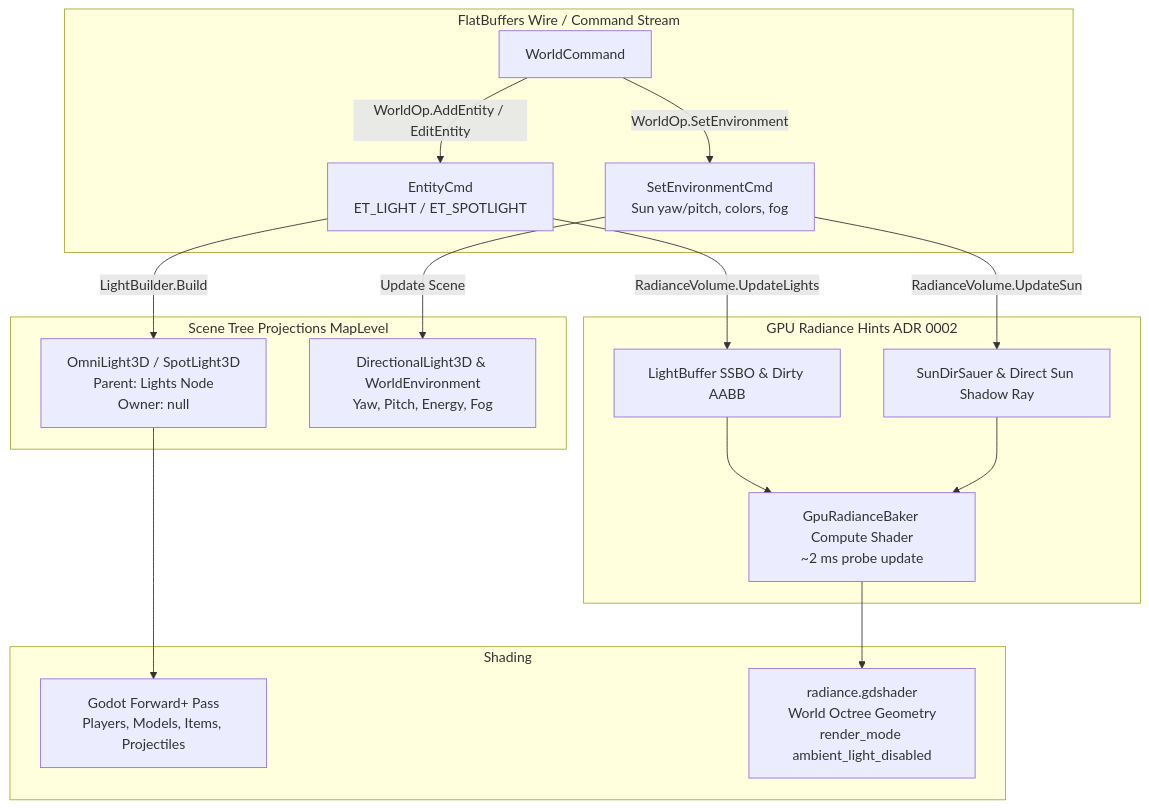
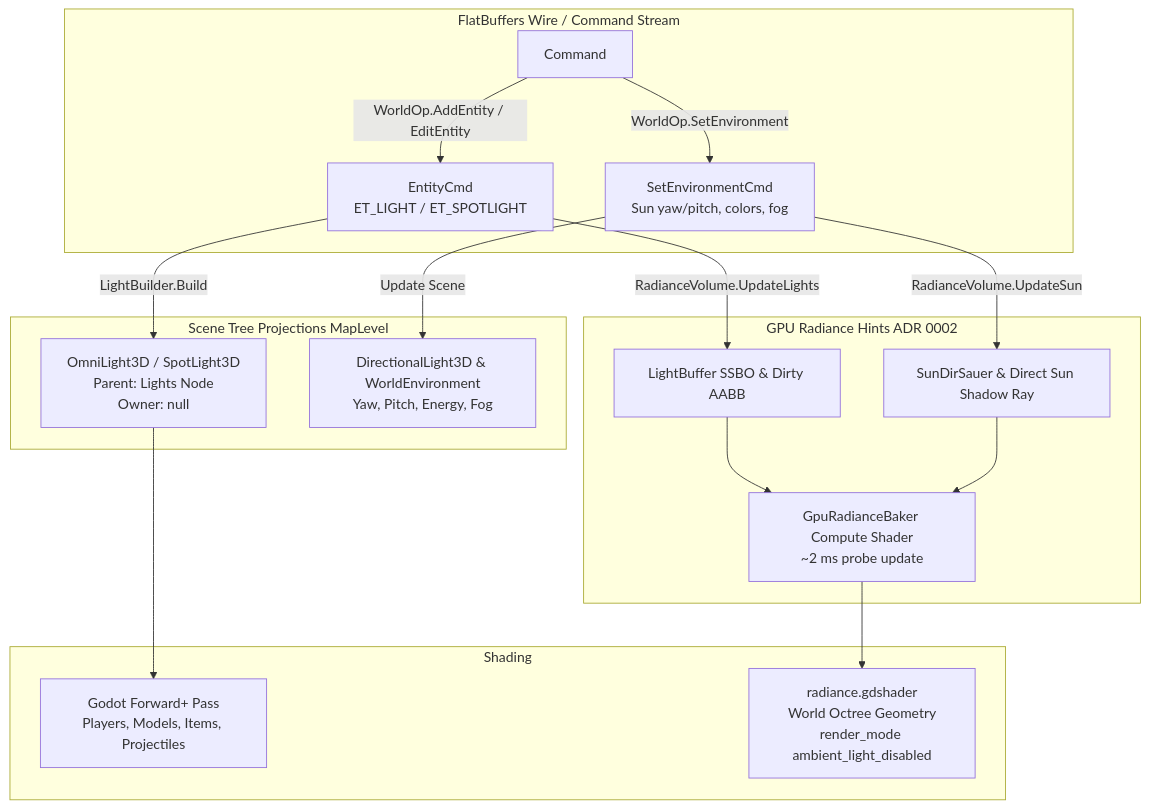
Before and after one commit to Fohlen/sauerbraten-revival: the fifth of 5 diagrams in docs/adr/0008-reference-based-maps.md, drawn with Mermaid. The commit also changed other lines of this file and 16 other files, not shown here.

````diff
--- a/docs/adr/0008-reference-based-maps.md
+++ b/docs/adr/0008-reference-based-maps.md
@@ -483,25 +498,25 @@
 ```mermaid
 graph TD
     subgraph FlatBuffers Wire / Command Stream
-        Cmd[WorldCommand]
+        Cmd[Command]
         Cmd -->|WorldOp.AddEntity / EditEntity| ECmd[EntityCmd<br>ET_LIGHT / ET_SPOTLIGHT]
         Cmd -->|WorldOp.SetEnvironment| EnvCmd[SetEnvironmentCmd<br>Sun yaw/pitch, colors, fog]
     end
 
     subgraph Scene Tree Projections MapLevel
         ECmd -->|LightBuilder.Build| LightNodes[OmniLight3D / SpotLight3D<br>Parent: Lights Node<br>Owner: null]
         EnvCmd -->|Update Scene| SunNode[DirectionalLight3D & WorldEnvironment<br>Yaw, Pitch, Energy, Fog]
     end
 
     subgraph GPU Radiance Hints ADR 0002
         ECmd -->|RadianceVolume.UpdateLights| LightSSBO[LightBuffer SSBO & Dirty AABB]
         EnvCmd -->|RadianceVolume.UpdateSun| SunParams[SunDirSauer & Direct Sun Shadow Ray]
         LightSSBO --> GPUBake[GpuRadianceBaker Compute Shader<br>~2 ms probe update]
         SunParams --> GPUBake
     end
 
     subgraph Shading
         LightNodes --> DynamicShading[Godot Forward+ Pass<br>Players, Models, Items, Projectiles]
         GPUBake --> OctreeShading[radiance.gdshader<br>World Octree Geometry<br>render_mode ambient_light_disabled]
     end
 ```
````
